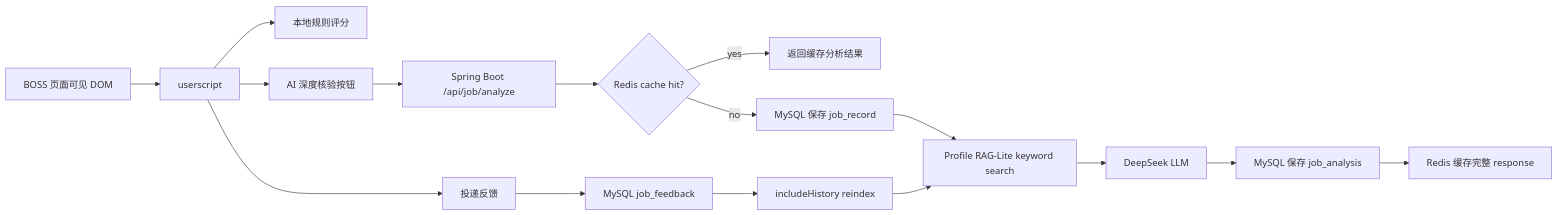
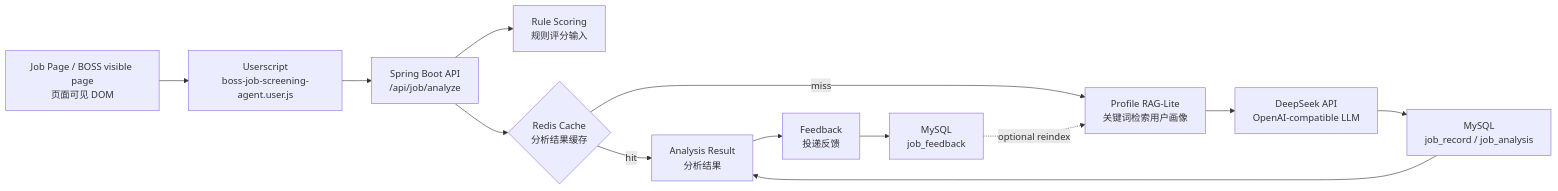
One commit to litao310294-cyber/ai-job-application-tracker-toolkit changed the diagram in docs/architecture.md. Above: the diagram before and after it, drawn with Mermaid. The commit also changed other lines of this file and 10 other files, not shown here.

````diff
--- a/docs/architecture.md
+++ b/docs/architecture.md
@@ -7,18 +7,15 @@
 ```mermaid
 flowchart LR
-  A["BOSS 页面可见 DOM"] --> B["userscript"]
-  B --> C["本地规则评分"]
-  B --> D["AI 深度核验按钮"]
-  D --> E["Spring Boot /api/job/analyze"]
-  E --> F{"Redis cache hit?"}
-  F -- yes --> G["返回缓存分析结果"]
-  F -- no --> H["MySQL 保存 job_record"]
-  H --> I["Profile RAG-Lite keyword search"]
-  I --> J["DeepSeek LLM"]
-  J --> K["MySQL 保存 job_analysis"]
-  K --> L["Redis 缓存完整 response"]
-  B --> M["投递反馈"]
-  M --> N["MySQL job_feedback"]
-  N --> O["includeHistory reindex"]
-  O --> I
+  A["Job Page / BOSS visible page<br/>页面可见 DOM"] --> B["Userscript<br/>boss-job-screening-agent.user.js"]
+  B --> C["Spring Boot API<br/>/api/job/analyze"]
+  C --> D["Rule Scoring<br/>规则评分输入"]
+  C --> E{"Redis Cache<br/>分析结果缓存"}
+  E -- "hit" --> K["Analysis Result<br/>分析结果"]
+  E -- "miss" --> F["Profile RAG-Lite<br/>关键词检索用户画像"]
+  F --> G["DeepSeek API<br/>OpenAI-compatible LLM"]
+  G --> H["MySQL<br/>job_record / job_analysis"]
+  H --> K
+  K --> I["Feedback<br/>投递反馈"]
+  I --> J["MySQL<br/>job_feedback"]
+  J -. "optional reindex" .-> F
 ```
````
